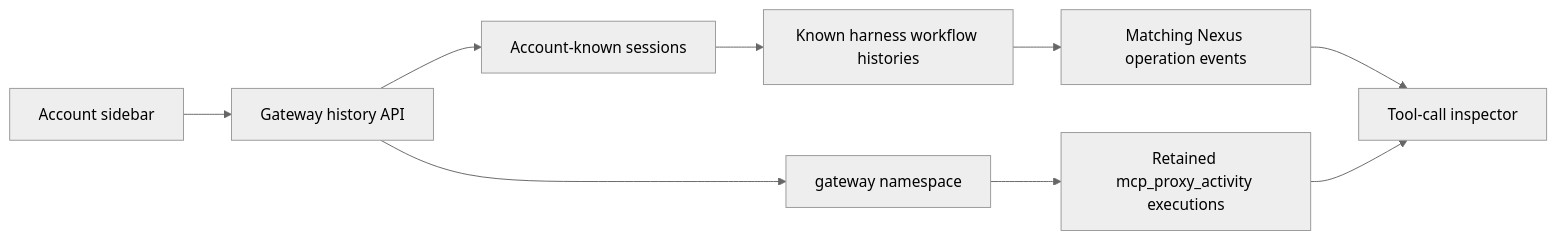
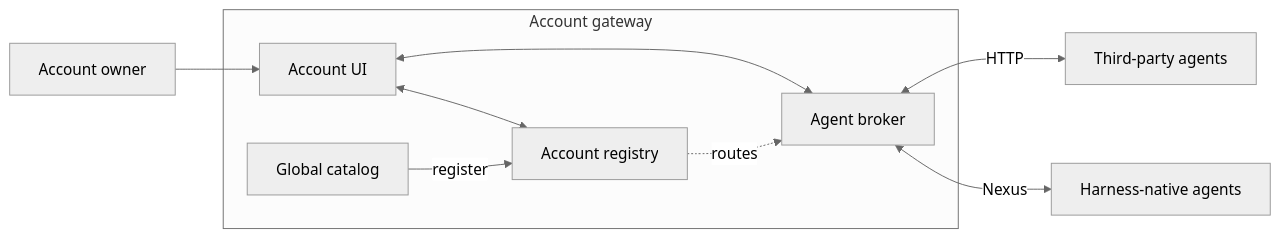
One commit to temporal-community/temporal-agent-harness changed the first of 4 diagrams in examples/nexus_hello/README.md. Above: the diagram before and after it, drawn with Mermaid (neutral theme). The commit also changed other lines of this file and 41 other files, not shown here.

Commit message:
Add catalog-driven dynamic account toolbox

````diff
--- a/examples/nexus_hello/README.md
+++ b/examples/nexus_hello/README.md
@@ -287,14 +61,17 @@
 ```mermaid
 flowchart LR
-    Sidebar[Account sidebar] --> HistoryAPI[Gateway history API]
+    Owner[Account owner] --> UI[Account UI]
 
-    HistoryAPI --> Registry[Account-known sessions]
-    Registry --> AgentHistory[Known harness workflow histories]
-    AgentHistory --> NexusEvents[Matching Nexus operation events]
+    subgraph Gateway[Account gateway]
+        Catalog[Global catalog]
+        Registry[Account registry]
+        Broker[Agent broker]
+        Catalog -->|register| Registry
+        UI <--> Registry
+        UI <--> Broker
+    end
 
-    HistoryAPI --> GatewayNS[gateway namespace]
-    GatewayNS --> Activities[Retained mcp_proxy_activity executions]
-
-    NexusEvents --> Inspector[Tool-call inspector]
-    Activities --> Inspector
+    Registry -. routes .-> Broker
+    Broker <-->|Nexus| Native[Harness-native agents]
+    Broker <-->|HTTP| External[Third-party agents]
 ```
````
